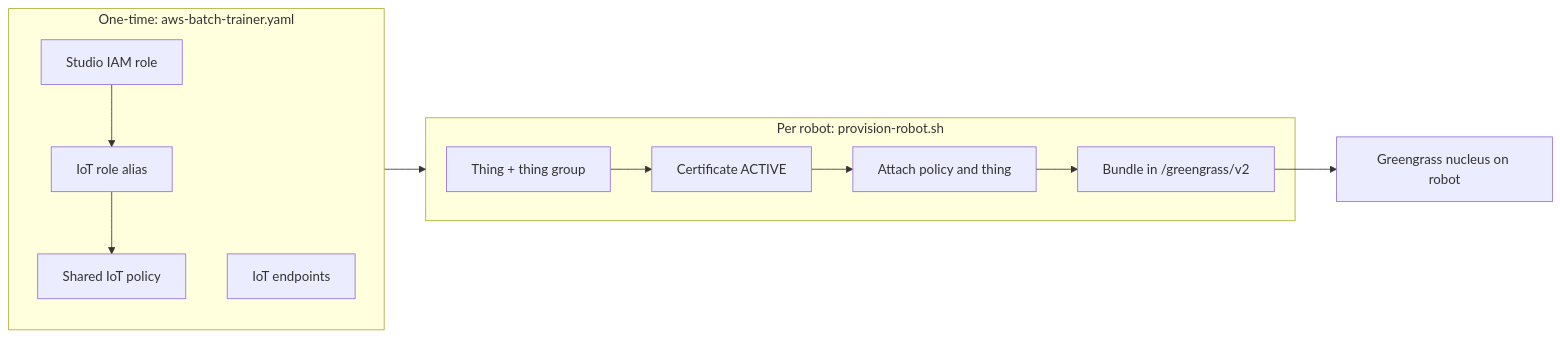
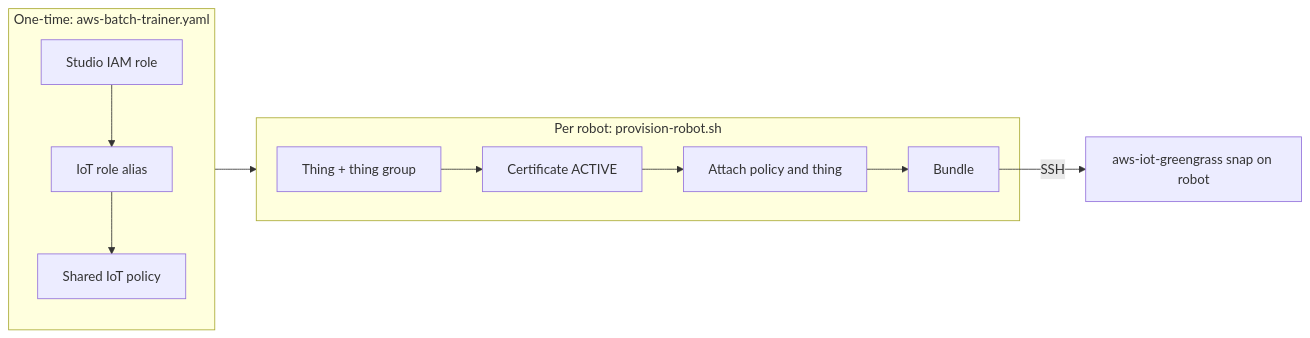
Before and after one commit to open-edge-platform/physical-ai-studio: the diagram in application/docs/10-greengrass-robot-provisioning.md, drawn with Mermaid. The commit also changed other lines of this file and 4 other files, not shown here.

Commit message:
Greengrass installation on robot via snap only

````diff
--- a/application/docs/10-greengrass-robot-provisioning.md
+++ b/application/docs/10-greengrass-robot-provisioning.md
@@ -5,15 +5,14 @@
 ```mermaid
 flowchart LR
   subgraph Account["One-time: aws-batch-trainer.yaml"]
     Role[Studio IAM role] --> Alias[IoT role alias]
     Alias --> Policy[Shared IoT policy]
-    Endpoints[IoT endpoints]
   end
   subgraph PerRobot["Per robot: provision-robot.sh"]
     Thing[Thing + thing group] --> Cert[Certificate ACTIVE]
     Cert --> Bind[Attach policy and thing]
-    Bind --> Bundle[Bundle in /greengrass/v2]
+    Bind --> Bundle[Bundle]
   end
   Account --> PerRobot
-  Bundle --> Nucleus[Greengrass nucleus on robot]
+  Bundle -->|SSH| Snap[aws-iot-greengrass snap on robot]
 ```
````
